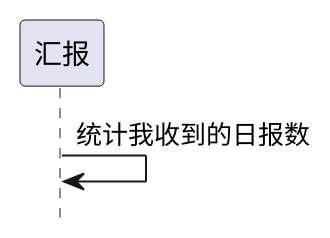
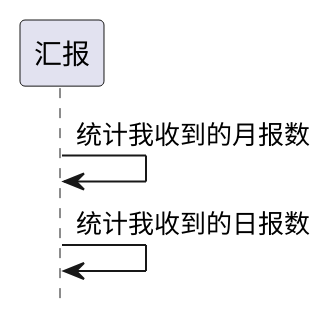
Before and after one commit to zj335841911/nt_chandao: the diagram in ibizpms-docs/src/main/doc/v1/module/report/IbzReport_old.md, drawn with PlantUML. The commit also changed other lines of this file and 29 other files, not shown here.

```diff
--- a/ibizpms-docs/src/main/doc/v1/module/report/IbzReport_old.md
+++ b/ibizpms-docs/src/main/doc/v1/module/report/IbzReport_old.md
@@ -83,5 +85,6 @@
 {% plantuml %}
 hide footbox
 
+汇报 -> 汇报: 统计我收到的月报数
 汇报 -> 汇报: 统计我收到的日报数
 {% endplantuml %}
```
